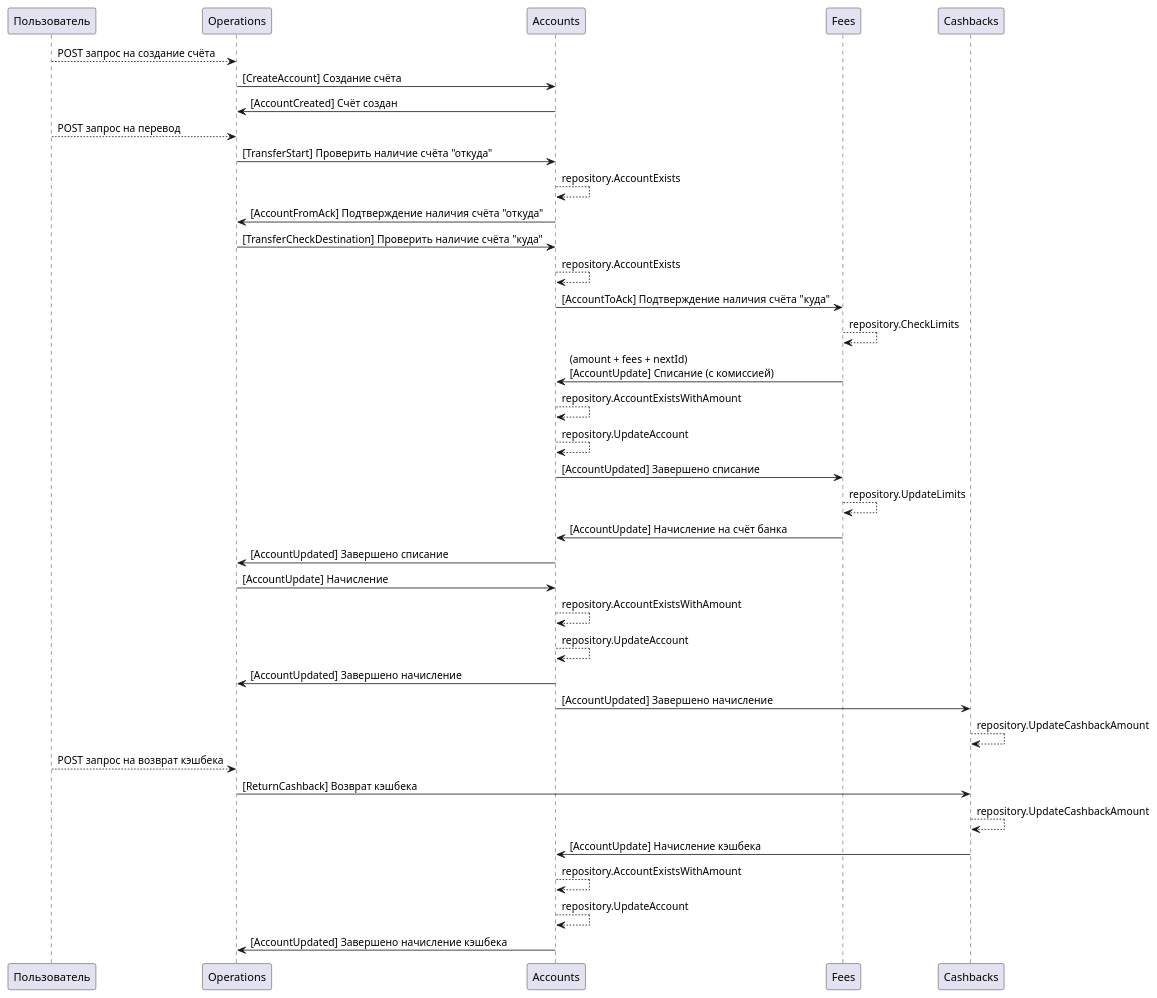
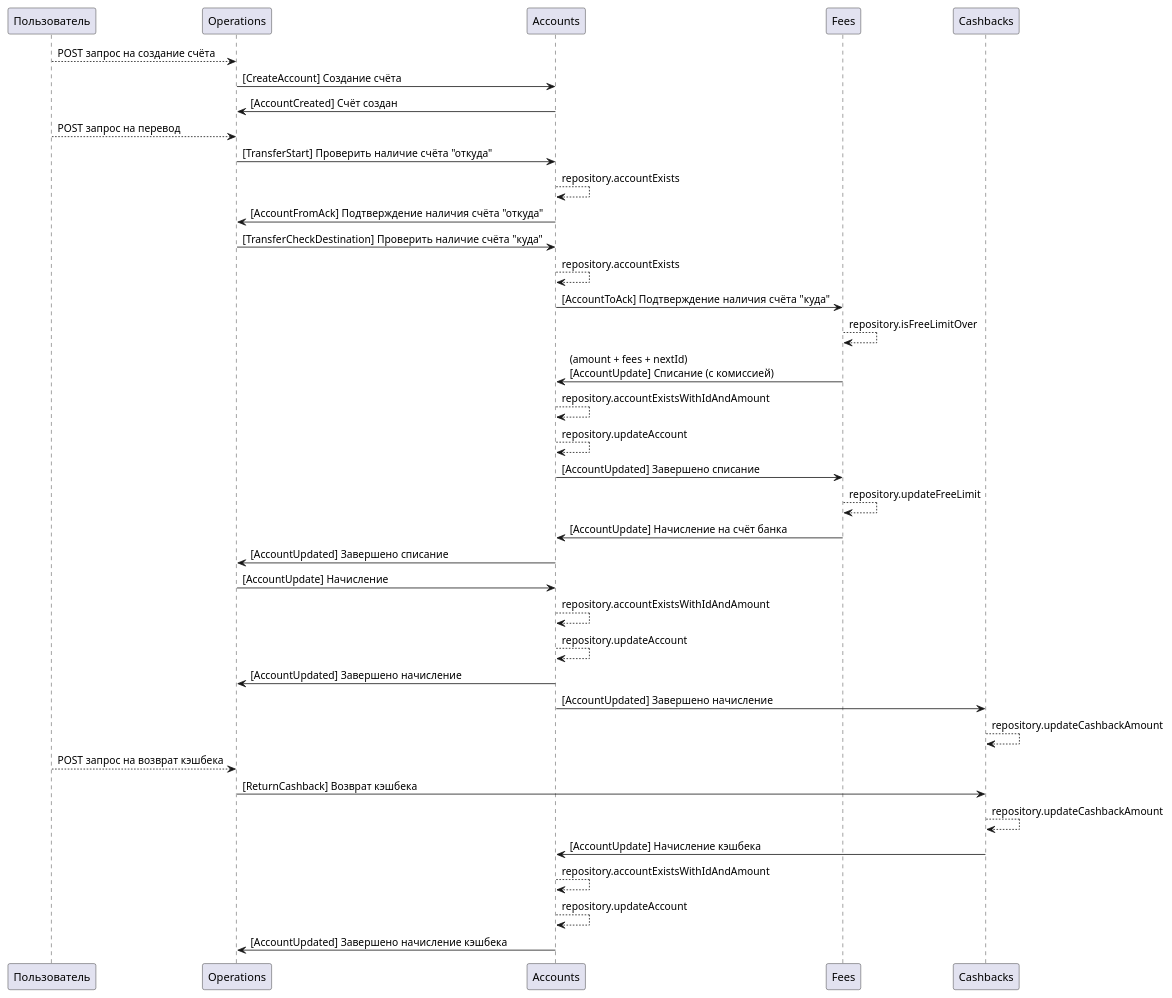
The diagram in diagrams/flow.plantuml (Glazkoff/scala-money), drawn with PlantUML before and after one commit. The commit also changed 16 other files, not shown here.

```diff
--- a/diagrams/flow.plantuml
+++ b/diagrams/flow.plantuml
@@ -1,39 +1,39 @@
 @startuml flow
 Пользователь --> Operations: POST запрос на создание счёта
 Operations -> Accounts: [CreateAccount] Создание счёта
 Accounts -> Operations: [AccountCreated] Счёт создан
 
 Пользователь --> Operations: POST запрос на перевод
 Operations -> Accounts: [TransferStart] Проверить наличие счёта "откуда"
-Accounts --> Accounts: repository.AccountExists
+Accounts --> Accounts: repository.accountExists
 Accounts -> Operations: [AccountFromAck] Подтверждение наличия счёта "откуда"
 Operations -> Accounts: [TransferCheckDestination] Проверить наличие счёта "куда"
-Accounts --> Accounts: repository.AccountExists
+Accounts --> Accounts: repository.accountExists
 Accounts -> Fees: [AccountToAck] Подтверждение наличия счёта "куда"
 
-Fees --> Fees: repository.CheckLimits
+Fees --> Fees: repository.isFreeLimitOver
 Fees -> Accounts: (amount + fees + nextId)\n[AccountUpdate] Списание (с комиссией)
-Accounts --> Accounts: repository.AccountExistsWithAmount
-Accounts --> Accounts: repository.UpdateAccount
+Accounts --> Accounts: repository.accountExistsWithIdAndAmount
+Accounts --> Accounts: repository.updateAccount
 Accounts -> Fees: [AccountUpdated] Завершено списание
 
-Fees --> Fees: repository.UpdateLimits
+Fees --> Fees: repository.updateFreeLimit
 Fees -> Accounts: [AccountUpdate] Начисление на счёт банка
 
 Accounts -> Operations: [AccountUpdated] Завершено списание
 Operations -> Accounts: [AccountUpdate] Начисление
-Accounts --> Accounts: repository.AccountExistsWithAmount
-Accounts --> Accounts: repository.UpdateAccount
+Accounts --> Accounts: repository.accountExistsWithIdAndAmount
+Accounts --> Accounts: repository.updateAccount
 Accounts -> Operations: [AccountUpdated] Завершено начисление
 
 Accounts -> Cashbacks: [AccountUpdated] Завершено начисление
-Cashbacks --> Cashbacks: repository.UpdateCashbackAmount
+Cashbacks --> Cashbacks: repository.updateCashbackAmount
 
 Пользователь --> Operations: POST запрос на возврат кэшбека
 Operations -> Cashbacks: [ReturnCashback] Возврат кэшбека
-Cashbacks --> Cashbacks: repository.UpdateCashbackAmount
+Cashbacks --> Cashbacks: repository.updateCashbackAmount
 Cashbacks -> Accounts: [AccountUpdate] Начисление кэшбека
-Accounts --> Accounts: repository.AccountExistsWithAmount
-Accounts --> Accounts: repository.UpdateAccount
+Accounts --> Accounts: repository.accountExistsWithIdAndAmount
+Accounts --> Accounts: repository.updateAccount
 Accounts -> Operations: [AccountUpdated] Завершено начисление кэшбека
 @enduml
```
